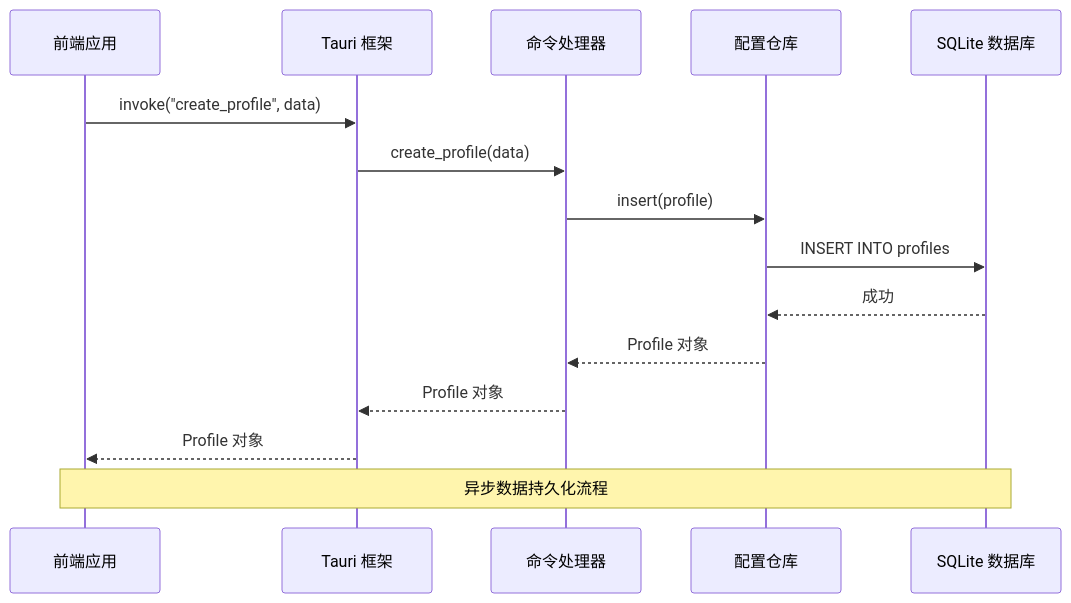
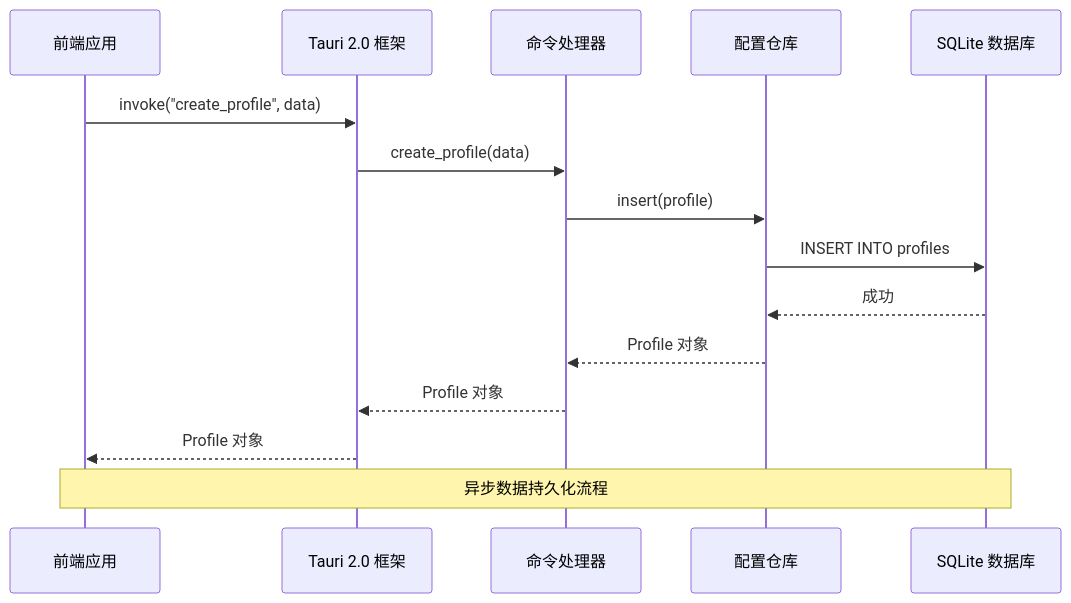
Before and after one commit to xdongliang/IPSwitcher: the fourth of 7 diagrams in .qoder/repowiki/zh/content/项目概述.md, drawn with Mermaid. The commit also changed other lines of this file and 22 other files, not shown here.

````diff
--- a/.qoder/repowiki/zh/content/项目概述.md
+++ b/.qoder/repowiki/zh/content/项目概述.md
@@ -192,17 +203,17 @@
 ```mermaid
 sequenceDiagram
 participant FE as 前端应用
-participant Tauri as Tauri 框架
+participant Tauri as Tauri 2.0 框架
 participant Cmd as 命令处理器
 participant Repo as 配置仓库
 participant DB as SQLite 数据库
 FE->>Tauri : invoke("create_profile", data)
 Tauri->>Cmd : create_profile(data)
 Cmd->>Repo : insert(profile)
 Repo->>DB : INSERT INTO profiles
 DB-->>Repo : 成功
 Repo-->>Cmd : Profile 对象
 Cmd-->>Tauri : Profile 对象
 Tauri-->>FE : Profile 对象
 Note over FE,DB : 异步数据持久化流程
 ```
````
